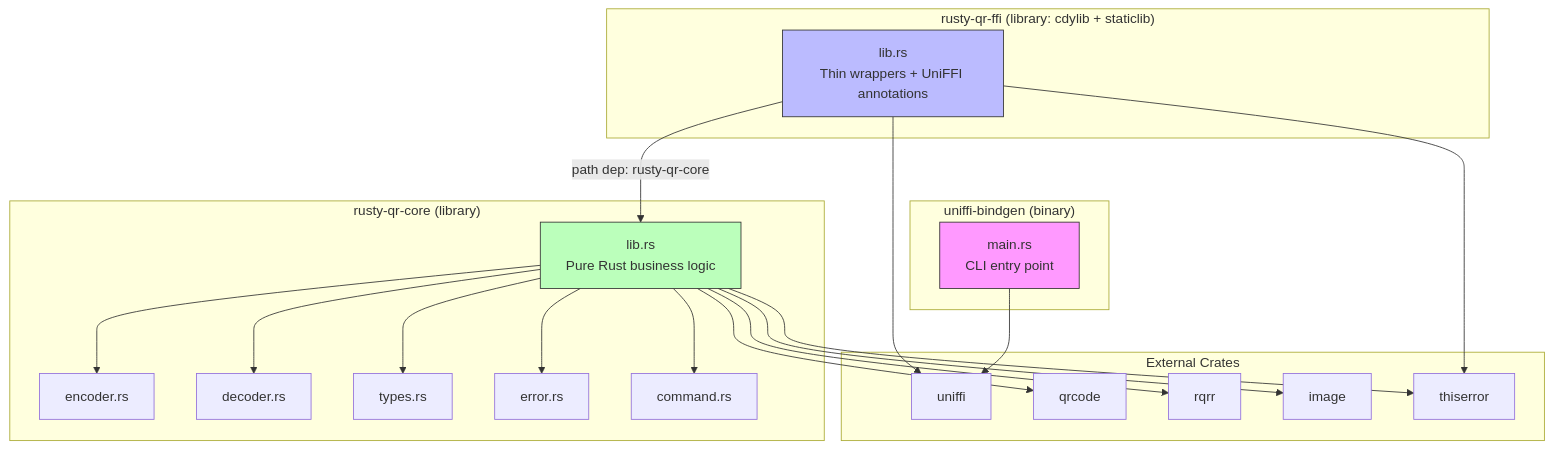
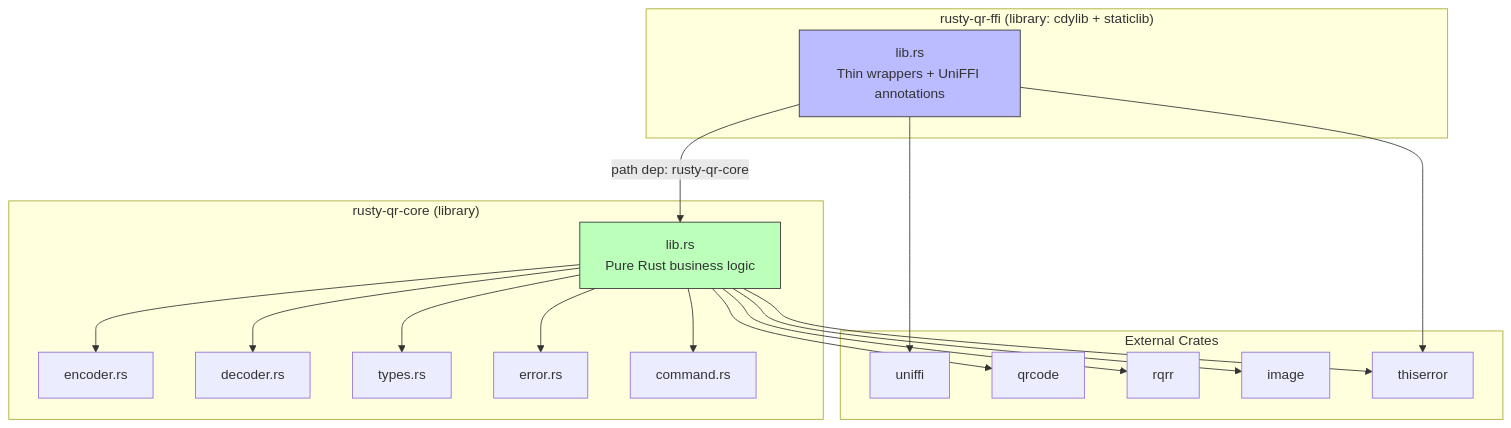
The first of 8 diagrams in rustySDK/README.md (prasannajeet/RustyQR), drawn with Mermaid before and after one commit. The commit also changed other lines of this file and 25 other files, not shown here.

````diff
--- a/rustySDK/README.md
+++ b/rustySDK/README.md
@@ -158,47 +159,41 @@
 ```mermaid
 graph TD
-    subgraph "uniffi-bindgen (binary)"
-        UB[main.rs<br/>CLI entry point]
-    end
-
     subgraph "rusty-qr-ffi (library: cdylib + staticlib)"
         FFI[lib.rs<br/>Thin wrappers + UniFFI annotations]
     end
 
     subgraph "rusty-qr-core (library)"
         CORE[lib.rs<br/>Pure Rust business logic]
         ENC[encoder.rs]
         DEC[decoder.rs]
         TYP[types.rs]
         ERR[error.rs]
         CMD[command.rs]
     end
 
     subgraph "External Crates"
         UNIFFI[uniffi]
         QRCODE[qrcode]
         RQRR[rqrr]
         IMG[image]
         THISERR[thiserror]
     end
 
     FFI -->|"path dep: rusty-qr-core"| CORE
     FFI --> UNIFFI
     FFI --> THISERR
-    UB --> UNIFFI
 
     CORE --> QRCODE
     CORE --> RQRR
     CORE --> IMG
     CORE --> THISERR
 
     CORE --> ENC
     CORE --> DEC
     CORE --> TYP
     CORE --> ERR
     CORE --> CMD
 
-    style UB fill:#f9f,stroke:#333
     style FFI fill:#bbf,stroke:#333
     style CORE fill:#bfb,stroke:#333
 ```
````
